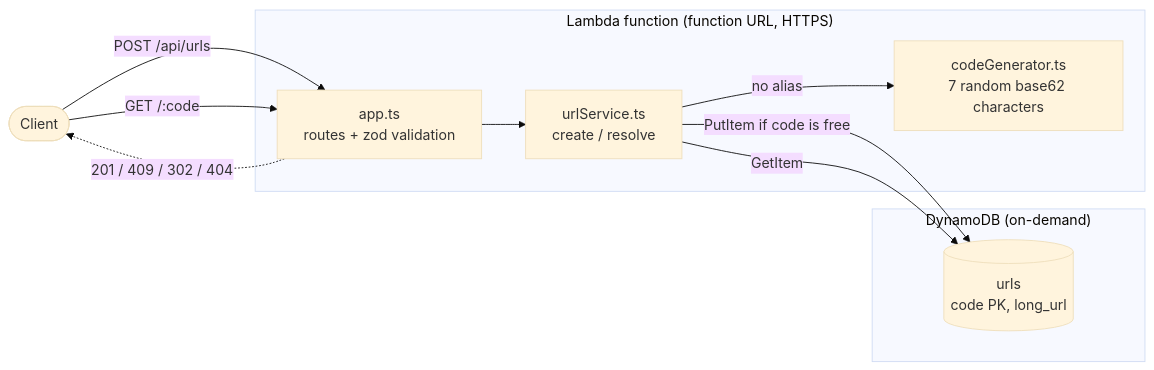
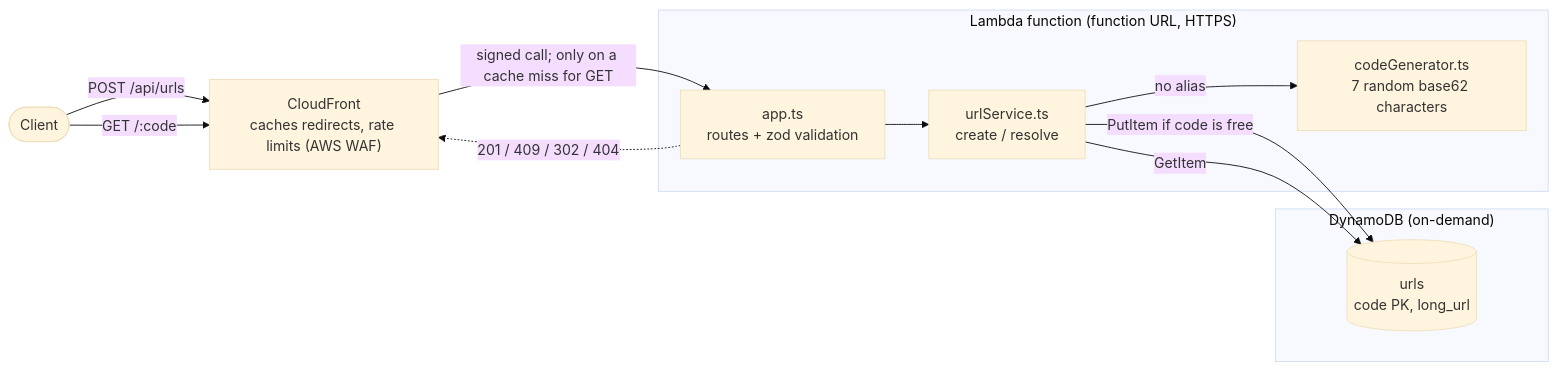
One commit to curiousdirection/url-shortener changed the diagram in README.md. Above: the diagram before and after it, drawn with Mermaid (base theme). The commit also changed other lines of this file and 3 other files, not shown here.

First line of the commit message:
Document CloudFront, rate limits and the body hash

````diff
--- a/README.md
+++ b/README.md
@@ -7,23 +7,25 @@
 ```mermaid
 flowchart LR
     client([Client])
+    cdn["CloudFront<br/>caches redirects, rate limits (AWS WAF)"]
 
     subgraph lambda["Lambda function (function URL, HTTPS)"]
         routes["app.ts<br/>routes + zod validation"]
         service["urlService.ts<br/>create / resolve"]
         gen["codeGenerator.ts<br/>7 random base62 characters"]
         routes --> service
         service -->|"no alias"| gen
     end
 
     subgraph ddb["DynamoDB (on-demand)"]
         urls[("urls<br/>code PK, long_url")]
     end
 
-    client -->|"POST /api/urls"| routes
-    client -->|"GET /:code"| routes
-    routes -.->|"201 / 409 / 302 / 404"| client
+    client -->|"POST /api/urls"| cdn
+    client -->|"GET /:code"| cdn
+    cdn -->|"signed call; only on a cache miss for GET"| routes
+    routes -.->|"201 / 409 / 302 / 404"| cdn
 
     service -->|"PutItem if code is free"| urls
     service -->|"GetItem"| urls
 ```
````
